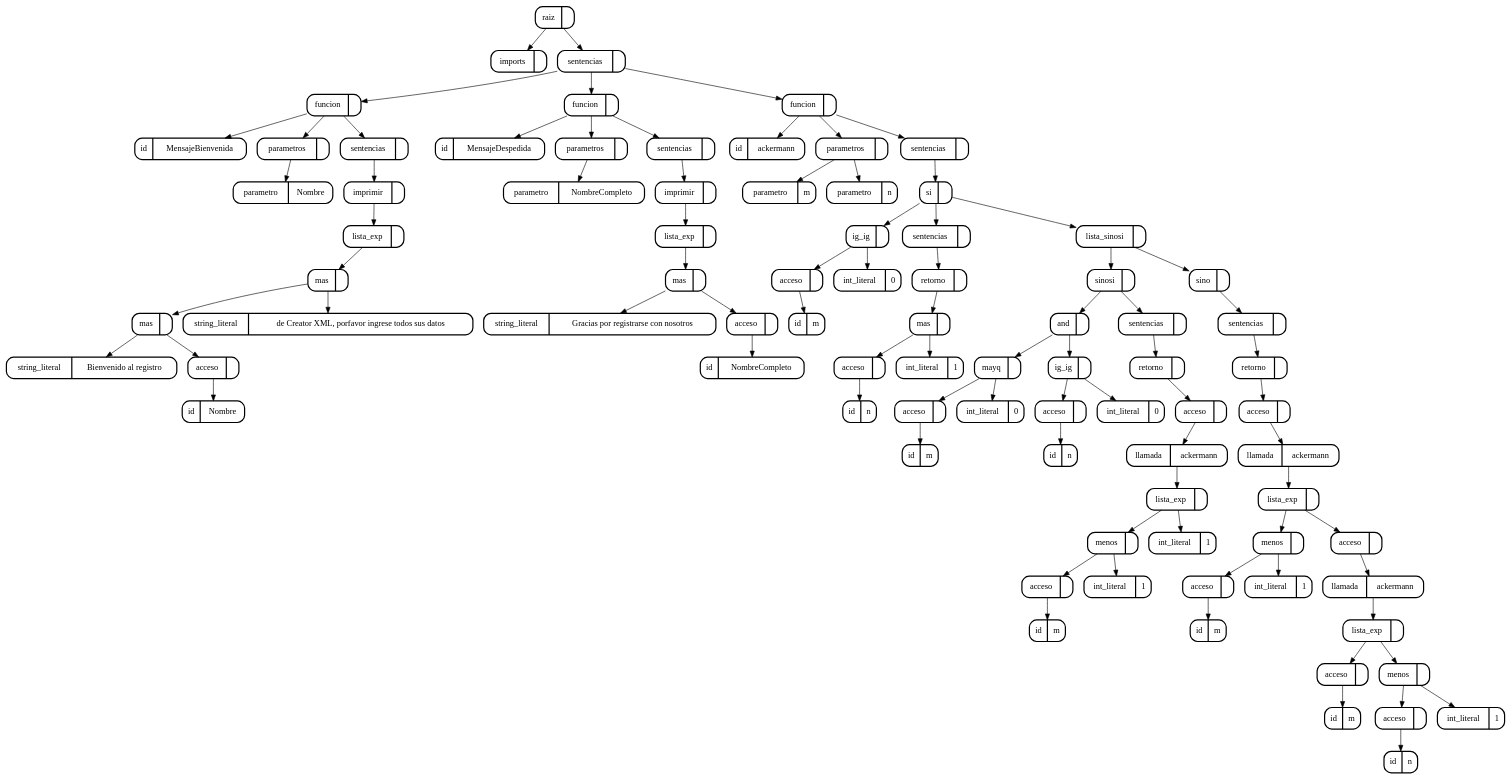
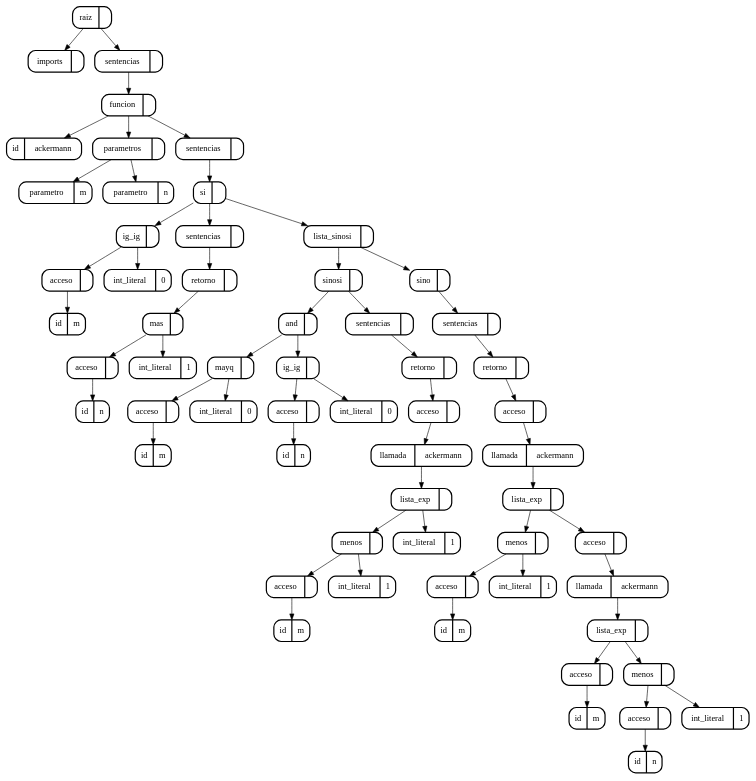
The diagram in GXML/Imagenes/arbol_cjs.dot (skrillfer/GenericXML), drawn with Graphviz before and after one commit. The commit also changed 5 other files, not shown here.

```diff
--- a/GXML/Imagenes/arbol_cjs.dot
+++ b/GXML/Imagenes/arbol_cjs.dot
@@ -1,171 +1,123 @@
 digraph G {
 node[shape=Mrecord]
-87[label="raiz | ",style=bold]
+63[label="raiz | ",style=bold]
 1[label="imports | ",style=bold]
-{87}->{1}
-15[label="sentencias | ",style=bold]
-{87}->{15}
-13[label="funcion | ",style=bold]
-{15}->{13}
-14[label="id | MensajeBienvenida",style=bold]
-{13}->{14}
+{63}->{1}
+62[label="sentencias | ",style=bold]
+{63}->{62}
+60[label="funcion | ",style=bold]
+{62}->{60}
+61[label="id | ackermann",style=bold]
+{60}->{61}
 2[label="parametros | ",style=bold]
-{13}->{2}
-3[label="parametro | Nombre",style=bold]
+{60}->{2}
+3[label="parametro | m",style=bold]
 {2}->{3}
-12[label="sentencias | ",style=bold]
-{13}->{12}
-11[label="imprimir | ",style=bold]
-{12}->{11}
-10[label="lista_exp | ",style=bold]
-{11}->{10}
-9[label="mas | ",style=bold]
-{10}->{9}
-7[label="mas | ",style=bold]
-{9}->{7}
-4[label="string_literal | Bienvenido al registro",style=bold]
-{7}->{4}
-6[label="acceso | ",style=bold]
-{7}->{6}
-5[label="id | Nombre",style=bold]
-{6}->{5}
-8[label="string_literal |  de Creator XML, porfavor ingrese todos sus datos",style=bold]
-{9}->{8}
-25[label="funcion | ",style=bold]
-{15}->{25}
-26[label="id | MensajeDespedida",style=bold]
-{25}->{26}
-16[label="parametros | ",style=bold]
-{25}->{16}
-17[label="parametro | NombreCompleto",style=bold]
-{16}->{17}
-24[label="sentencias | ",style=bold]
-{25}->{24}
-23[label="imprimir | ",style=bold]
-{24}->{23}
-22[label="lista_exp | ",style=bold]
-{23}->{22}
-21[label="mas | ",style=bold]
-{22}->{21}
-18[label="string_literal | Gracias por registrarse con nosotros ",style=bold]
-{21}->{18}
-20[label="acceso | ",style=bold]
-{21}->{20}
-19[label="id | NombreCompleto",style=bold]
-{20}->{19}
-85[label="funcion | ",style=bold]
-{15}->{85}
-86[label="id | ackermann",style=bold]
-{85}->{86}
-27[label="parametros | ",style=bold]
-{85}->{27}
-28[label="parametro | m",style=bold]
-{27}->{28}
-29[label="parametro | n",style=bold]
-{27}->{29}
-84[label="sentencias | ",style=bold]
-{85}->{84}
-83[label="si | ",style=bold]
-{84}->{83}
-33[label="ig_ig | ",style=bold]
-{83}->{33}
-31[label="acceso | ",style=bold]
-{33}->{31}
-30[label="id | m",style=bold]
-{31}->{30}
-32[label="int_literal | 0",style=bold]
-{33}->{32}
-39[label="sentencias | ",style=bold]
-{83}->{39}
-38[label="retorno | ",style=bold]
-{39}->{38}
-37[label="mas | ",style=bold]
-{38}->{37}
-35[label="acceso | ",style=bold]
-{37}->{35}
-34[label="id | n",style=bold]
-{35}->{34}
-36[label="int_literal | 1",style=bold]
-{37}->{36}
-61[label="lista_sinosi | ",style=bold]
-{83}->{61}
-60[label="sinosi | ",style=bold]
-{61}->{60}
-48[label="and | ",style=bold]
-{60}->{48}
-43[label="mayq | ",style=bold]
-{48}->{43}
-41[label="acceso | ",style=bold]
-{43}->{41}
-40[label="id | m",style=bold]
-{41}->{40}
-42[label="int_literal | 0",style=bold]
-{43}->{42}
-47[label="ig_ig | ",style=bold]
-{48}->{47}
-45[label="acceso | ",style=bold]
-{47}->{45}
-44[label="id | n",style=bold]
-{45}->{44}
-46[label="int_literal | 0",style=bold]
-{47}->{46}
+4[label="parametro | n",style=bold]
+{2}->{4}
 59[label="sentencias | ",style=bold]
 {60}->{59}
-58[label="retorno | ",style=bold]
+58[label="si | ",style=bold]
 {59}->{58}
-57[label="acceso | ",style=bold]
-{58}->{57}
-56[label="llamada | ackermann",style=bold]
+8[label="ig_ig | ",style=bold]
+{58}->{8}
+6[label="acceso | ",style=bold]
+{8}->{6}
+5[label="id | m",style=bold]
+{6}->{5}
+7[label="int_literal | 0",style=bold]
+{8}->{7}
+14[label="sentencias | ",style=bold]
+{58}->{14}
+13[label="retorno | ",style=bold]
+{14}->{13}
+12[label="mas | ",style=bold]
+{13}->{12}
+10[label="acceso | ",style=bold]
+{12}->{10}
+9[label="id | n",style=bold]
+{10}->{9}
+11[label="int_literal | 1",style=bold]
+{12}->{11}
+36[label="lista_sinosi | ",style=bold]
+{58}->{36}
+35[label="sinosi | ",style=bold]
+{36}->{35}
+23[label="and | ",style=bold]
+{35}->{23}
+18[label="mayq | ",style=bold]
+{23}->{18}
+16[label="acceso | ",style=bold]
+{18}->{16}
+15[label="id | m",style=bold]
+{16}->{15}
+17[label="int_literal | 0",style=bold]
+{18}->{17}
+22[label="ig_ig | ",style=bold]
+{23}->{22}
+20[label="acceso | ",style=bold]
+{22}->{20}
+19[label="id | n",style=bold]
+{20}->{19}
+21[label="int_literal | 0",style=bold]
+{22}->{21}
+34[label="sentencias | ",style=bold]
+{35}->{34}
+33[label="retorno | ",style=bold]
+{34}->{33}
+32[label="acceso | ",style=bold]
+{33}->{32}
+31[label="llamada | ackermann",style=bold]
+{32}->{31}
+29[label="lista_exp | ",style=bold]
+{31}->{29}
+28[label="menos | ",style=bold]
+{29}->{28}
+26[label="acceso | ",style=bold]
+{28}->{26}
+25[label="id | m",style=bold]
+{26}->{25}
+27[label="int_literal | 1",style=bold]
+{28}->{27}
+30[label="int_literal | 1",style=bold]
+{29}->{30}
+57[label="sino | ",style=bold]
+{36}->{57}
+56[label="sentencias | ",style=bold]
 {57}->{56}
-54[label="lista_exp | ",style=bold]
-{56}->{54}
-53[label="menos | ",style=bold]
+55[label="retorno | ",style=bold]
+{56}->{55}
+54[label="acceso | ",style=bold]
+{55}->{54}
+53[label="llamada | ackermann",style=bold]
 {54}->{53}
-51[label="acceso | ",style=bold]
-{53}->{51}
-50[label="id | m",style=bold]
-{51}->{50}
-52[label="int_literal | 1",style=bold]
-{53}->{52}
-55[label="int_literal | 1",style=bold]
-{54}->{55}
-82[label="sino | ",style=bold]
-{61}->{82}
-81[label="sentencias | ",style=bold]
-{82}->{81}
-80[label="retorno | ",style=bold]
-{81}->{80}
-79[label="acceso | ",style=bold]
-{80}->{79}
-78[label="llamada | ackermann",style=bold]
-{79}->{78}
-67[label="lista_exp | ",style=bold]
-{78}->{67}
-66[label="menos | ",style=bold]
-{67}->{66}
-64[label="acceso | ",style=bold]
-{66}->{64}
-63[label="id | m",style=bold]
-{64}->{63}
-65[label="int_literal | 1",style=bold]
-{66}->{65}
-77[label="acceso | ",style=bold]
-{67}->{77}
-76[label="llamada | ackermann",style=bold]
-{77}->{76}
-71[label="lista_exp | ",style=bold]
-{76}->{71}
-70[label="acceso | ",style=bold]
-{71}->{70}
-69[label="id | m",style=bold]
-{70}->{69}
-75[label="menos | ",style=bold]
-{71}->{75}
-73[label="acceso | ",style=bold]
-{75}->{73}
-72[label="id | n",style=bold]
-{73}->{72}
-74[label="int_literal | 1",style=bold]
-{75}->{74}
+42[label="lista_exp | ",style=bold]
+{53}->{42}
+41[label="menos | ",style=bold]
+{42}->{41}
+39[label="acceso | ",style=bold]
+{41}->{39}
+38[label="id | m",style=bold]
+{39}->{38}
+40[label="int_literal | 1",style=bold]
+{41}->{40}
+52[label="acceso | ",style=bold]
+{42}->{52}
+51[label="llamada | ackermann",style=bold]
+{52}->{51}
+46[label="lista_exp | ",style=bold]
+{51}->{46}
+45[label="acceso | ",style=bold]
+{46}->{45}
+44[label="id | m",style=bold]
+{45}->{44}
+50[label="menos | ",style=bold]
+{46}->{50}
+48[label="acceso | ",style=bold]
+{50}->{48}
+47[label="id | n",style=bold]
+{48}->{47}
+49[label="int_literal | 1",style=bold]
+{50}->{49}
 
 }
```
